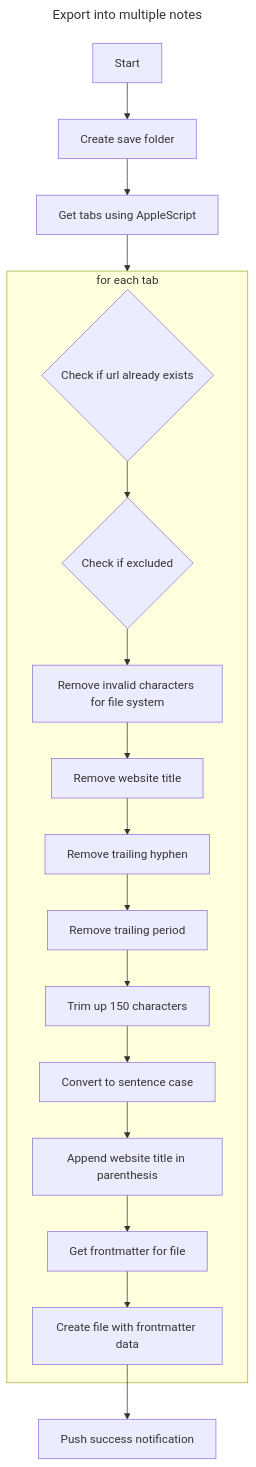
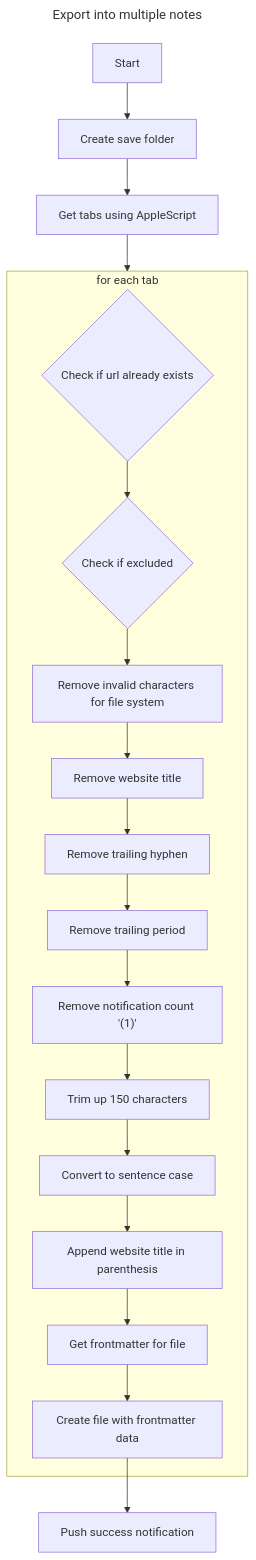
Before and after one commit to decaf-dev/obsidian-export-browser-tabs: the diagram in src/commands/export-into-multiple-notes/README.md, drawn with Mermaid. The commit also changed 3 other files, not shown here.

Commit message:
feature: remove notification count

````diff
--- a/src/commands/export-into-multiple-notes/README.md
+++ b/src/commands/export-into-multiple-notes/README.md
@@ -1,23 +1,24 @@
 ```mermaid
 ---
 title: Export into multiple notes
 ---
 flowchart TD
     Start --> A
 	A[Create save folder] --> B[Get tabs using AppleScript]
 	B --> one
 	subgraph one[for each tab]
 	C{Check if url already exists} --> D{Check if excluded}
 	D --> E[Remove invalid characters for file system]
 	E --> F[Remove website title]
 	F --> G[Remove trailing hyphen]
 	G --> H[Remove trailing period]
-	H --> I[Trim up 150 characters]
-	I --> J[Convert to sentence case]
-	J --> L[Append website title in parenthesis]
+	H --> I["Remove notification count '(1)'"]
+	I --> J[Trim up 150 characters]
+	J --> K[Convert to sentence case]
+	K --> L[Append website title in parenthesis]
 	L --> M[Get frontmatter for file]
 	M --> N[Create file with frontmatter data]
 
 	end
 	N --> O[Push success notification]
 ```
````
